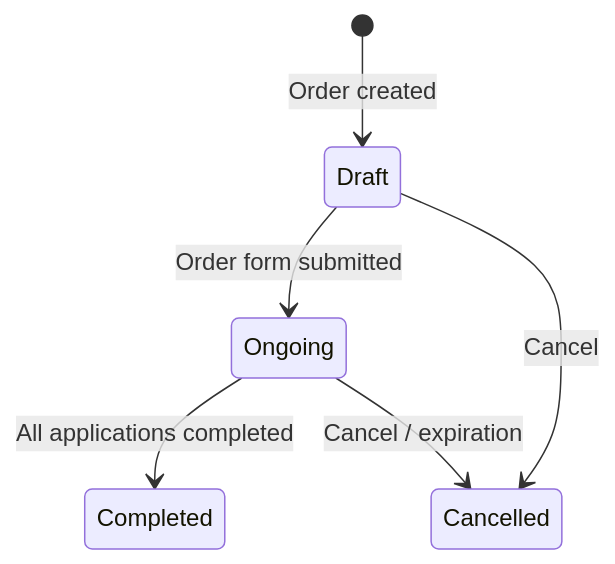
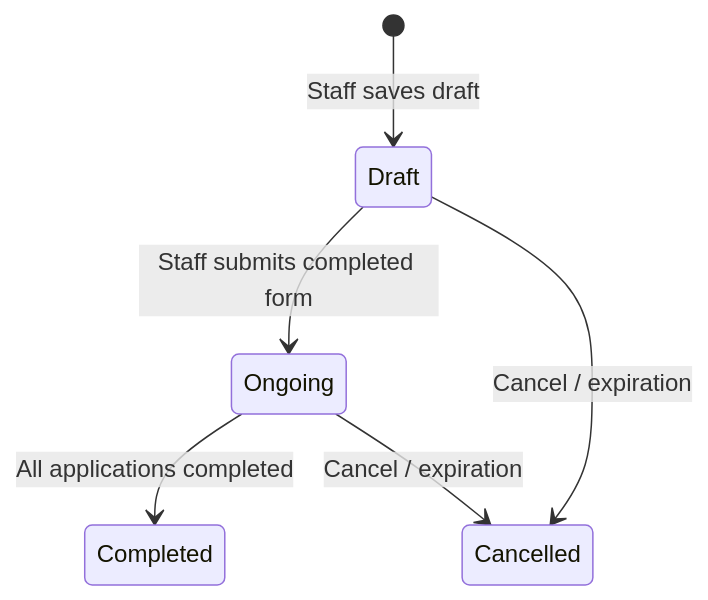
Before and after one commit to chanatan-sri/TurboProduct: the first of 5 diagrams in product/insurance/onepiece/capabilities/application-management/CAPABILITY.md, drawn with Mermaid. The commit also changed other lines of this file and 3 other files, not shown here.

````diff
--- a/product/insurance/onepiece/capabilities/application-management/CAPABILITY.md
+++ b/product/insurance/onepiece/capabilities/application-management/CAPABILITY.md
@@ -74,8 +74,8 @@
 ```mermaid
 stateDiagram-v2
-    [*] --> Draft : Order created
-    Draft --> Ongoing : Order form submitted
+    [*] --> Draft : Staff saves draft
+    Draft --> Ongoing : Staff submits completed form
     Ongoing --> Completed : All applications completed
     Ongoing --> Cancelled : Cancel / expiration
-    Draft --> Cancelled : Cancel
+    Draft --> Cancelled : Cancel / expiration
 ```
````
